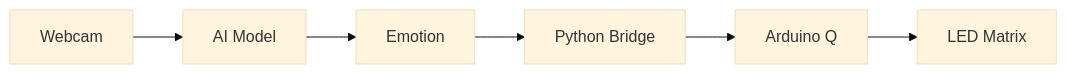
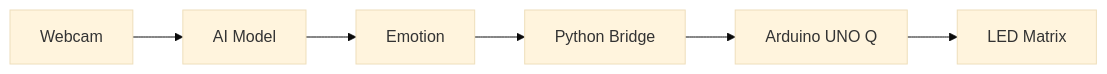
The diagram in README.md (jsarmientor/emotions-arduino-q), drawn with Mermaid (base theme) before and after one commit.

Commit message:
Correction: Updated hardware name to Arduino UNO Q throughout the documentation

````diff
--- a/README.md
+++ b/README.md
@@ -41,8 +41,8 @@
 ```mermaid
 graph LR
     A[Webcam] --> B[AI Model]
     B --> C[Emotion]
     C --> D[Python Bridge]
-    D --> E[Arduino Q]
+    D --> E[Arduino UNO Q]
     E --> F[LED Matrix]
 ```
````
